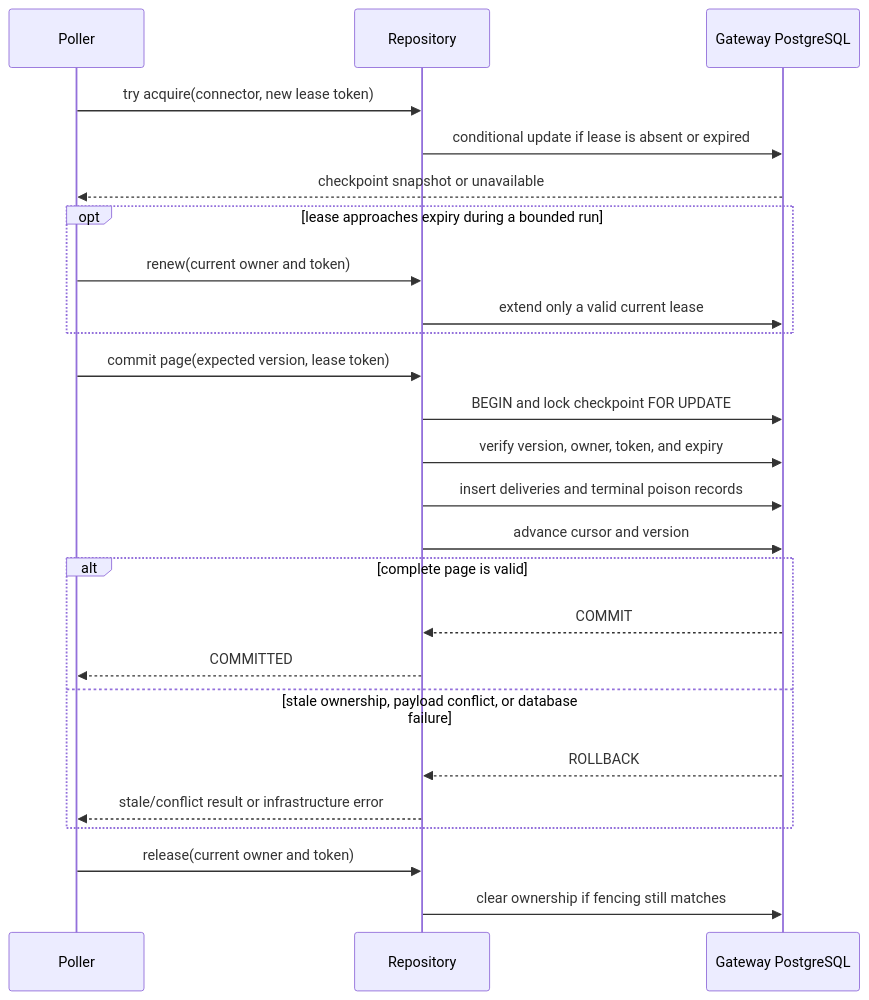
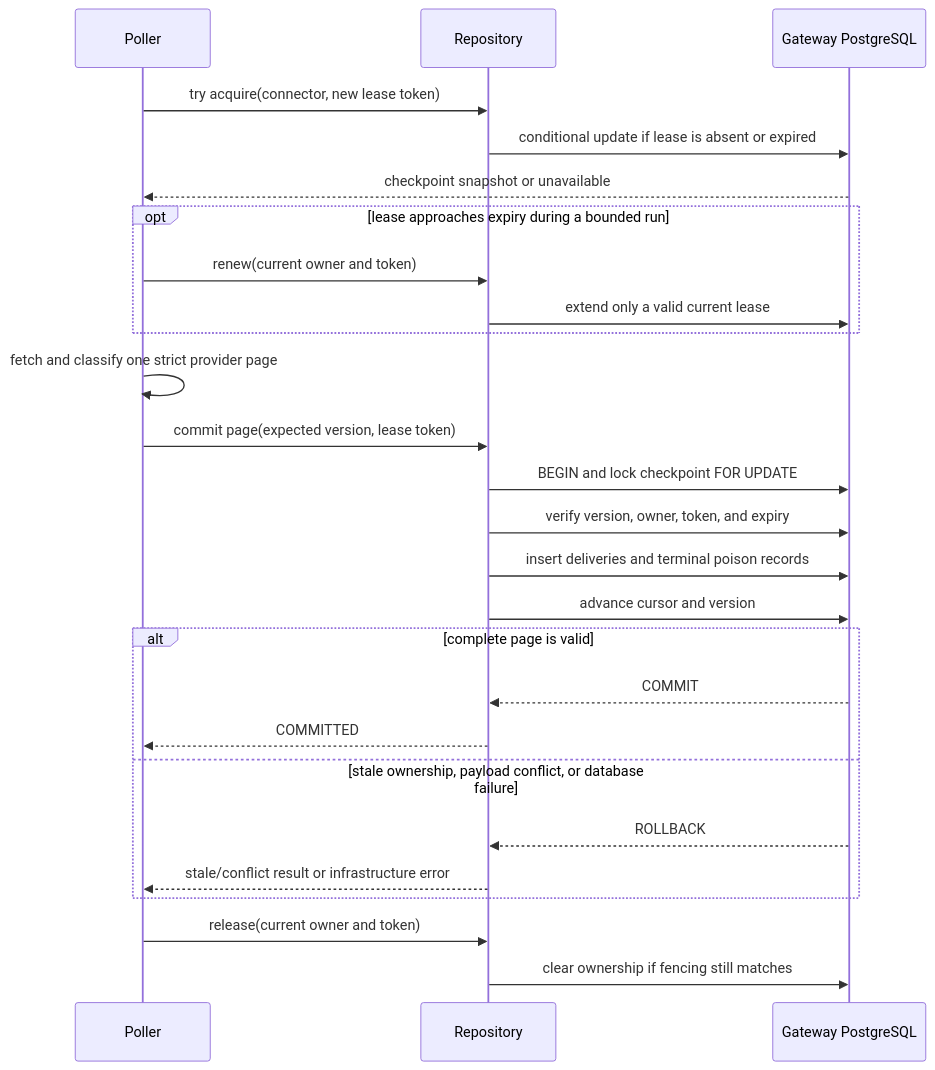
One commit to PietroRussoD/commerce-integration-hub changed the first of 5 diagrams in docs/gateway-delivery-lifecycle.md. Above: the diagram before and after it, drawn with Mermaid. The commit also changed other lines of this file and 4 other files, not shown here.

Commit message:
✨ Process one ERP_B polling page

````diff
--- a/docs/gateway-delivery-lifecycle.md
+++ b/docs/gateway-delivery-lifecycle.md
@@ -39,28 +39,29 @@
 ```mermaid
 sequenceDiagram
     participant Poller
     participant Repository
     participant DB as Gateway PostgreSQL
 
     Poller->>Repository: try acquire(connector, new lease token)
     Repository->>DB: conditional update if lease is absent or expired
     DB-->>Poller: checkpoint snapshot or unavailable
     opt lease approaches expiry during a bounded run
         Poller->>Repository: renew(current owner and token)
         Repository->>DB: extend only a valid current lease
     end
+    Poller->>Poller: fetch and classify one strict provider page
     Poller->>Repository: commit page(expected version, lease token)
     Repository->>DB: BEGIN and lock checkpoint FOR UPDATE
     Repository->>DB: verify version, owner, token, and expiry
     Repository->>DB: insert deliveries and terminal poison records
     Repository->>DB: advance cursor and version
     alt complete page is valid
         DB-->>Repository: COMMIT
         Repository-->>Poller: COMMITTED
     else stale ownership, payload conflict, or database failure
         DB-->>Repository: ROLLBACK
         Repository-->>Poller: stale/conflict result or infrastructure error
     end
     Poller->>Repository: release(current owner and token)
     Repository->>DB: clear ownership if fencing still matches
 ```
````
